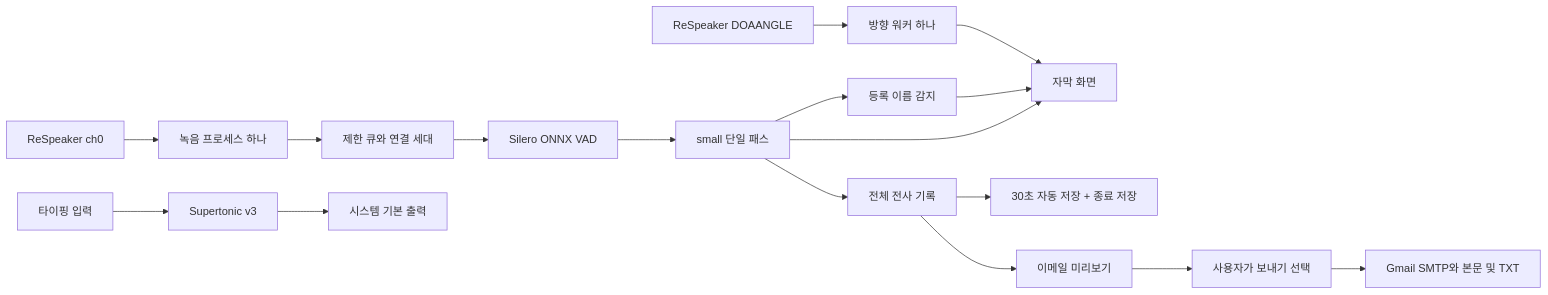
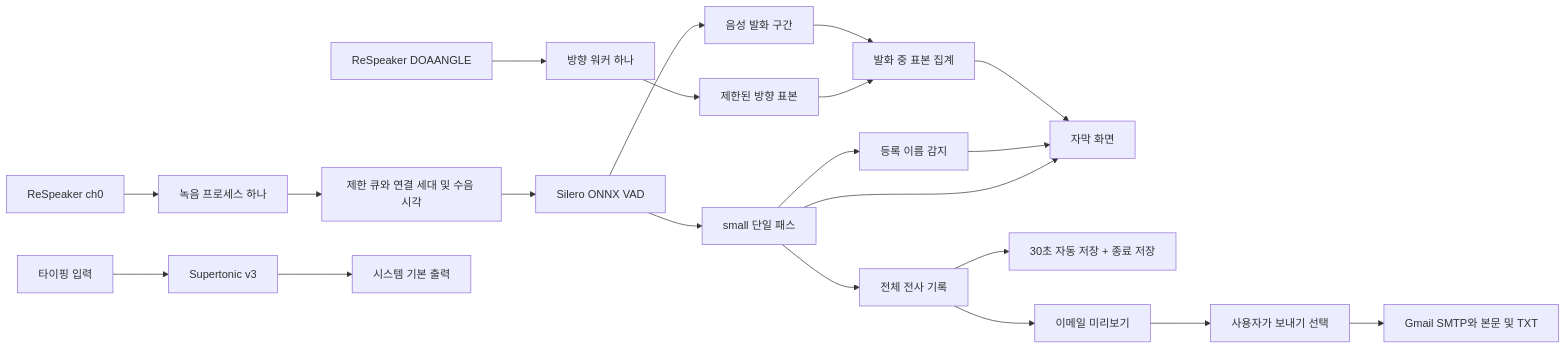
Before and after one commit to jueonkangg/soribom: the diagram in docs/02-system-design.md, drawn with Mermaid. The commit also changed other lines of this file and 15 other files, not shown here.

````diff
--- a/docs/02-system-design.md
+++ b/docs/02-system-design.md
@@ -14,19 +14,23 @@
 ```mermaid
 flowchart LR
     Mic[ReSpeaker ch0] --> Capture[녹음 프로세스 하나]
-    Capture --> Buffer[제한 큐와 연결 세대]
+    Capture --> Buffer[제한 큐와 연결 세대 및 수음 시각]
     Buffer --> VAD[Silero ONNX VAD]
     VAD --> STT[small 단일 패스]
     STT --> UI[자막 화면]
     STT --> Names[등록 이름 감지]
     Names --> UI
     STT --> Notes[전체 전사 기록]
     USB[ReSpeaker DOAANGLE] --> Direction[방향 워커 하나]
-    Direction --> UI
+    Direction --> History[제한된 방향 표본]
+    VAD --> Times[음성 발화 구간]
+    History --> Match[발화 중 표본 집계]
+    Times --> Match
+    Match --> UI
     Input[타이핑 입력] --> TTS[Supertonic v3]
     TTS --> Speaker[시스템 기본 출력]
     Notes --> Save[30초 자동 저장 + 종료 저장]
     Notes --> Preview[이메일 미리보기]
     Preview --> Send[사용자가 보내기 선택]
     Send --> Gmail[Gmail SMTP와 본문 및 TXT]
 ```
````
